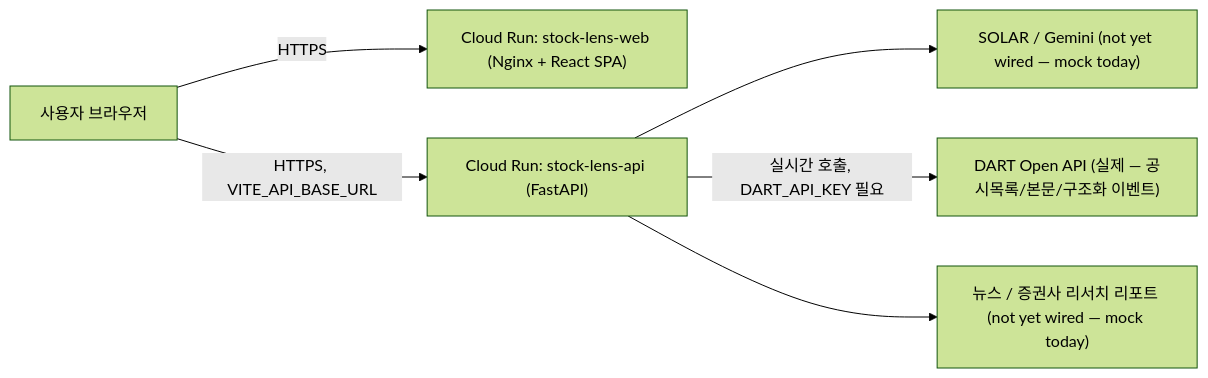
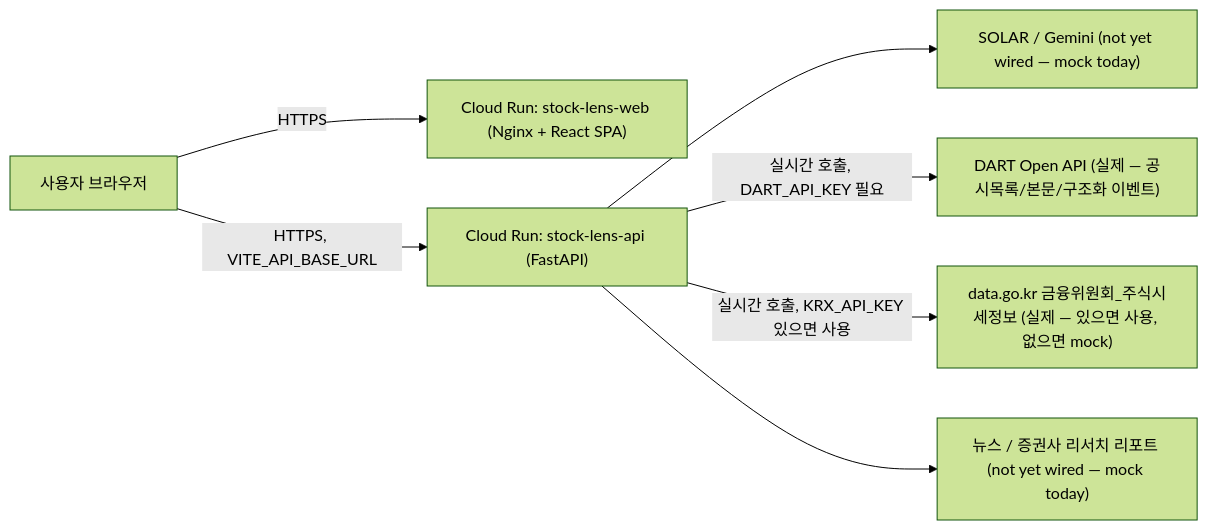
The first of 3 diagrams in docs/architecture.md (jiwoon084/stock-lens), drawn with Mermaid (forest theme) before and after one commit. The commit also changed other lines of this file and 12 other files, not shown here.

First line of the commit message:
Resume M1: real KRX daily prices via data.go.kr, mock as fallback

````diff
--- a/docs/architecture.md
+++ b/docs/architecture.md
@@ -5,15 +5,17 @@
 ```mermaid
 flowchart LR
     Browser["사용자 브라우저"]
     Web["Cloud Run: stock-lens-web (Nginx + React SPA)"]
     Api["Cloud Run: stock-lens-api (FastAPI)"]
     LLM["SOLAR / Gemini (not yet wired — mock today)"]
     Dart["DART Open API (실제 — 공시목록/본문/구조화 이벤트)"]
+    Krx["data.go.kr 금융위원회_주식시세정보 (실제 — 있으면 사용, 없으면 mock)"]
     News["뉴스 / 증권사 리서치 리포트 (not yet wired — mock today)"]
 
     Browser -->|HTTPS| Web
     Browser -->|HTTPS, VITE_API_BASE_URL| Api
     Api --> LLM
     Api -->|실시간 호출, DART_API_KEY 필요| Dart
+    Api -->|실시간 호출, KRX_API_KEY 있으면 사용| Krx
     Api --> News
 ```
````
